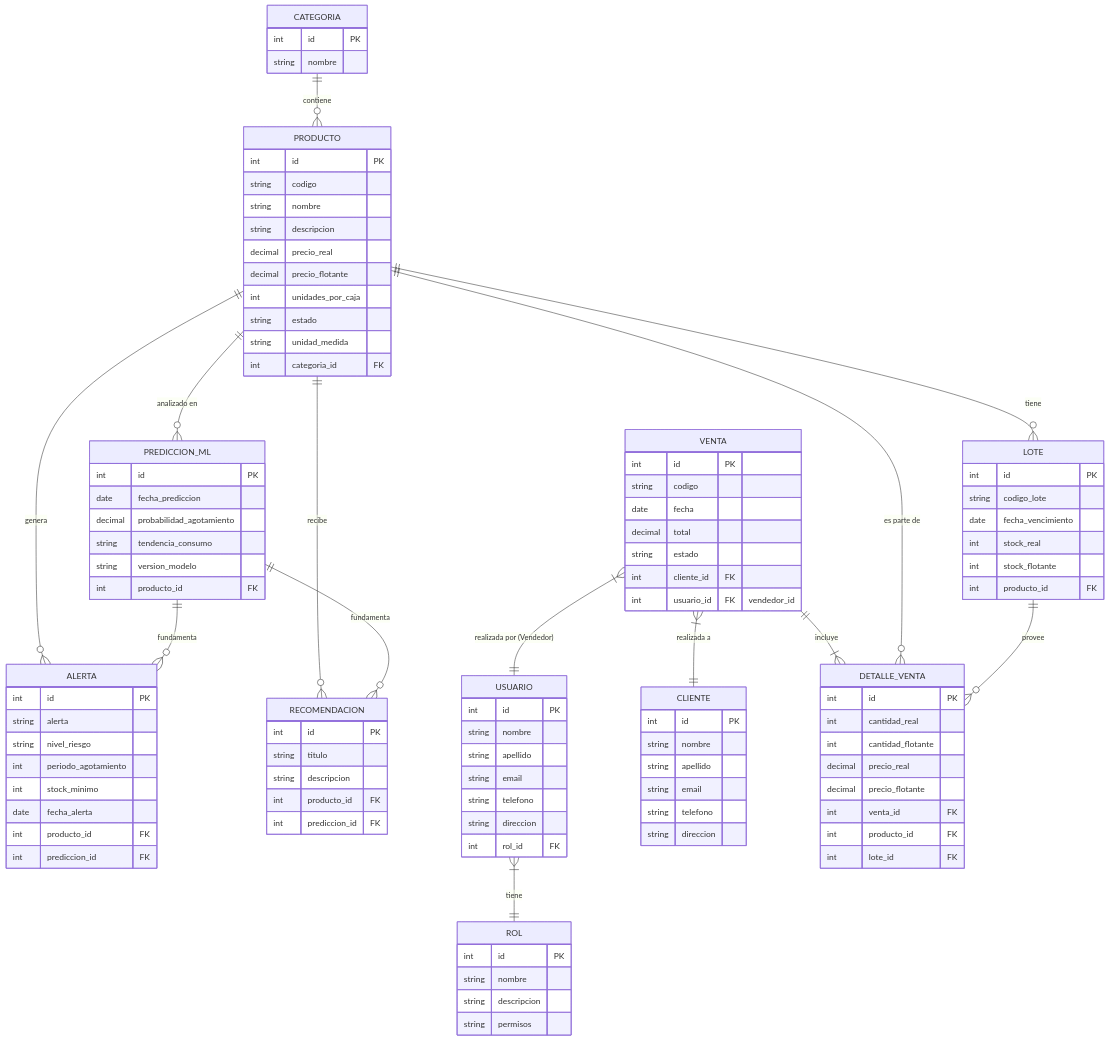
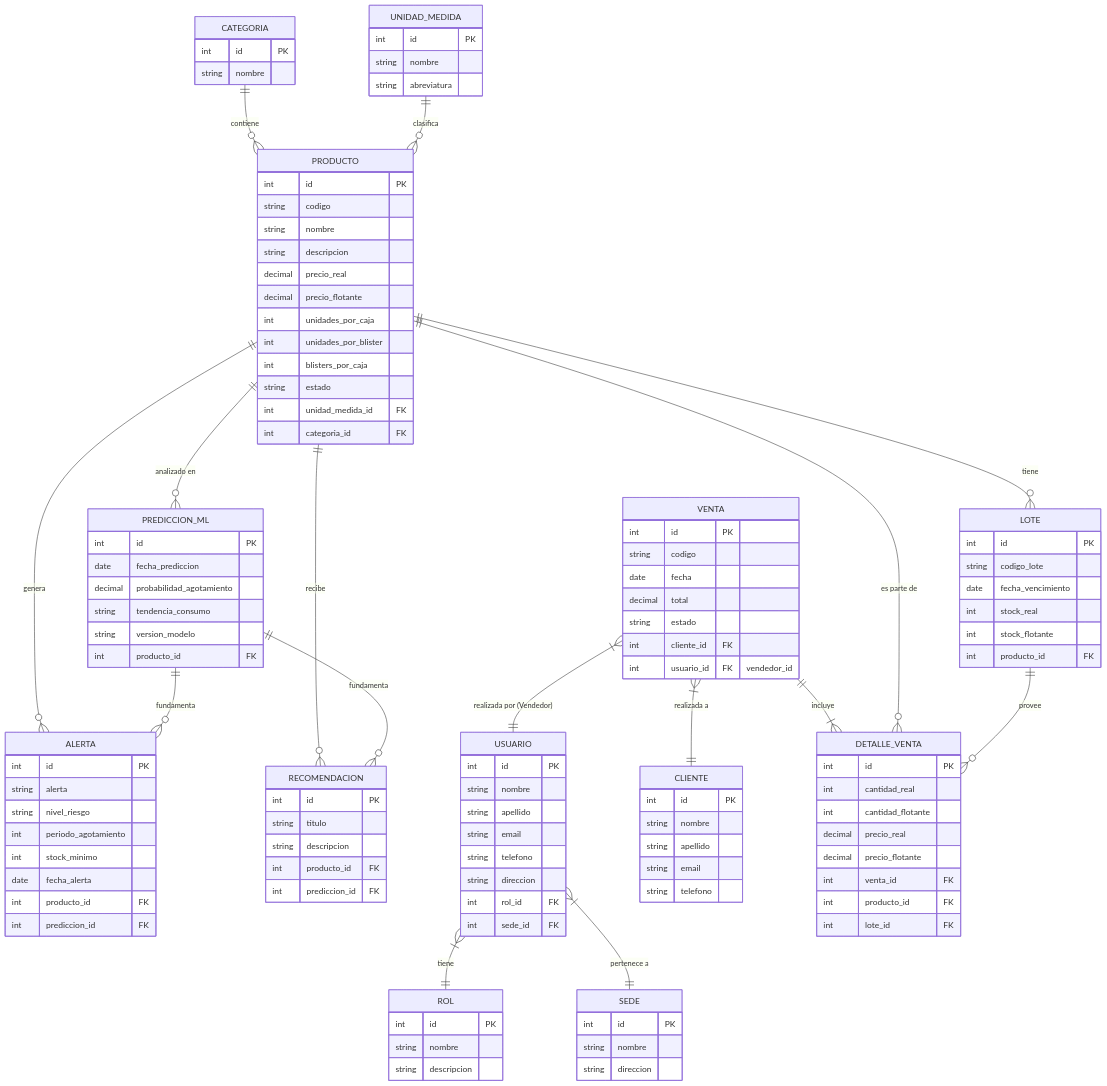
Before and after one commit to Vilberto02/sicpf-demo: the diagram in docs/db/design.md, drawn with Mermaid. The commit also changed other lines of this file and 1 other file, not shown here.

Commit message:
docs(db): actualizar esquema y readme con modelos UnidadMedida, Sede y refactor de negocio

````diff
--- a/docs/db/design.md
+++ b/docs/db/design.md
@@ -5,6 +5,7 @@
 ```mermaid
 erDiagram
     CATEGORIA ||--o{ PRODUCTO : contiene
+    UNIDAD_MEDIDA ||--o{ PRODUCTO : clasifica
     PRODUCTO ||--o{ LOTE : tiene
     PRODUCTO ||--o{ PREDICCION_ML : "analizado en"
     PRODUCTO ||--o{ ALERTA : genera
@@ -12,6 +13,7 @@
     PREDICCION_ML ||--o{ ALERTA : fundamenta
     PREDICCION_ML ||--o{ RECOMENDACION : fundamenta
     USUARIO }|--|| ROL : tiene
+    USUARIO }|--|| SEDE : "pertenece a"
     VENTA }|--|| CLIENTE : "realizada a"
     VENTA }|--|| USUARIO : "realizada por (Vendedor)"
     VENTA ||--|{ DETALLE_VENTA : incluye
@@ -22,6 +24,12 @@
         int id PK
         string nombre
     }
+
+    UNIDAD_MEDIDA {
+        int id PK
+        string nombre
+        string abreviatura
+    }
     
     PRODUCTO {
         int id PK
@@ -31,8 +39,10 @@
         decimal precio_real
         decimal precio_flotante
         int unidades_por_caja
+        int unidades_por_blister
+        int blisters_por_caja
         string estado
-        string unidad_medida
+        int unidad_medida_id FK
         int categoria_id FK
     }
 
@@ -79,6 +89,11 @@
         string apellido
         string email
         string telefono
+    }
+
+    SEDE {
+        int id PK
+        string nombre
         string direccion
     }
 
@@ -90,13 +105,13 @@
         string telefono
         string direccion
         int rol_id FK
+        int sede_id FK
     }
 
     ROL {
         int id PK
         string nombre
         string descripcion
-        string permisos
     }
 
     VENTA {
````
